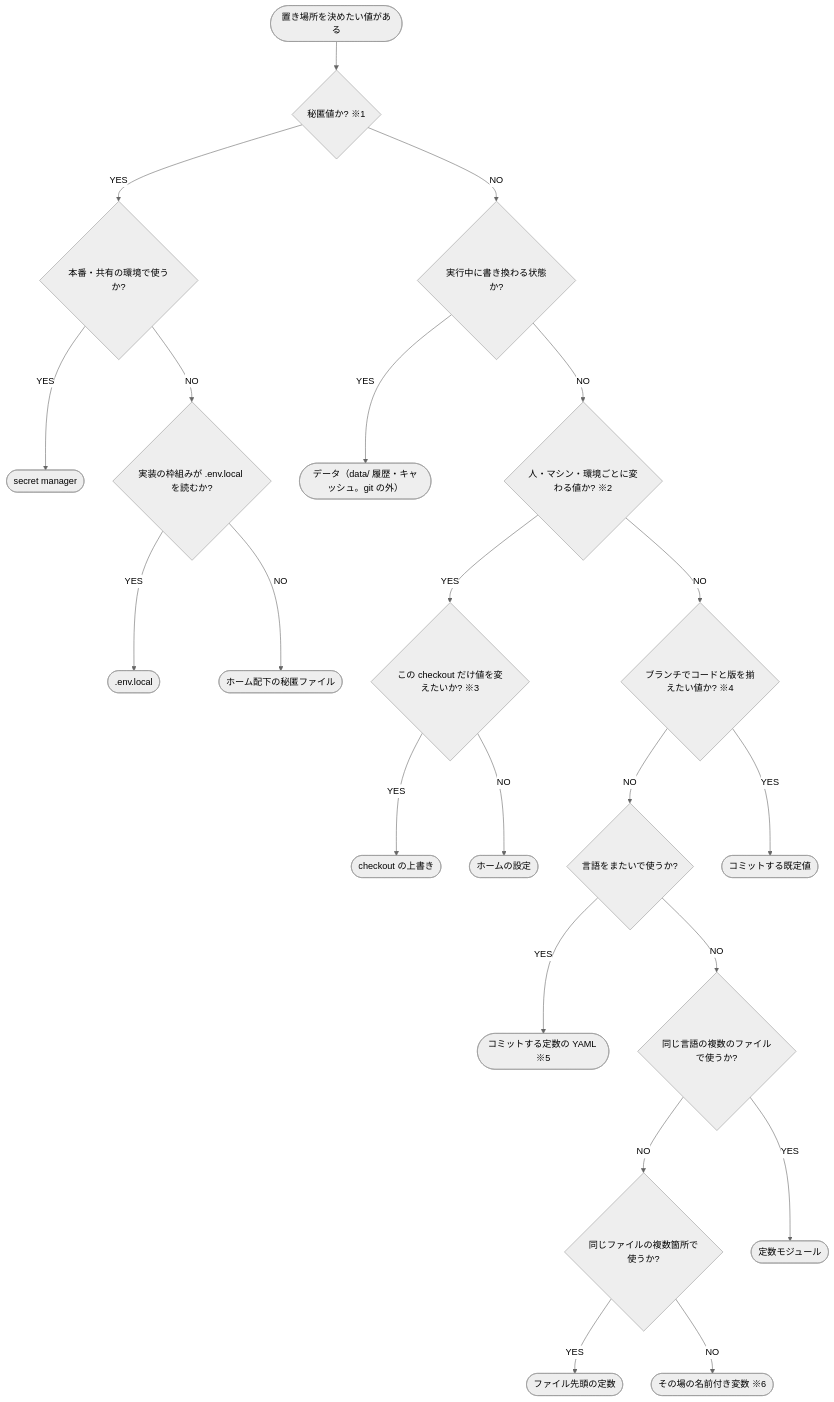
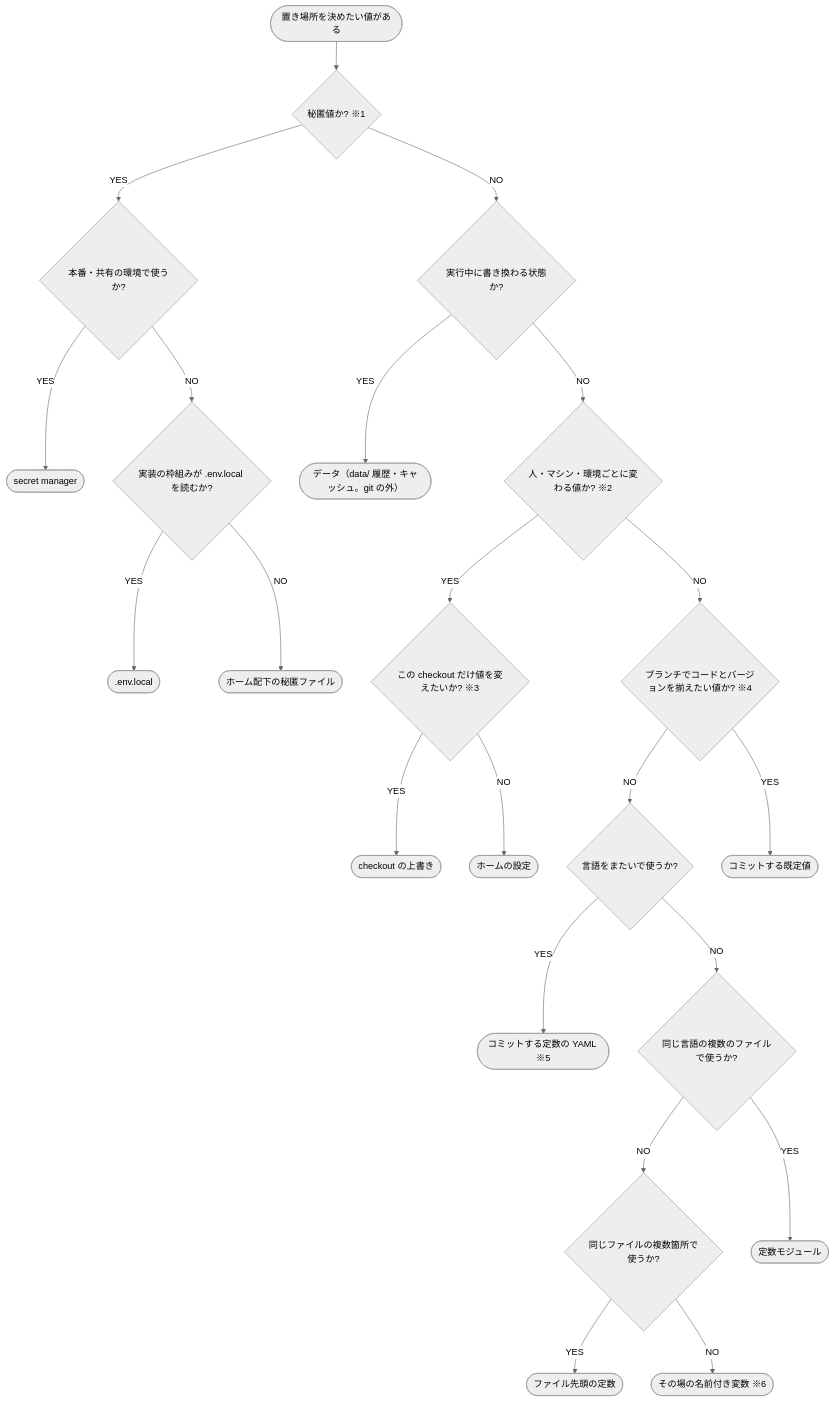
One commit to shuhei1101/knowledge changed the diagram in dev/判定フローチャート/設定値の置き場所.md. Above: the diagram before and after it, drawn with Mermaid (neutral theme). The commit also changed other lines of this file and 93 other files, not shown here.

````diff
--- a/dev/判定フローチャート/設定値の置き場所.md
+++ b/dev/判定フローチャート/設定値の置き場所.md
@@ -7,48 +7,48 @@
 ```mermaid
 flowchart TD
   START([置き場所を決めたい値がある])
   Q0{秘匿値か? ※1}
   Q1{本番・共有の環境で使うか?}
   Q2{実装の枠組みが .env.local を読むか?}
   Q3{実行中に書き換わる状態か?}
   Q4{人・マシン・環境ごとに変わる値か? ※2}
   Q5{この checkout だけ値を変えたいか? ※3}
-  Q6{ブランチでコードと版を揃えたい値か? ※4}
+  Q6{ブランチでコードとバージョンを揃えたい値か? ※4}
   Q7{言語をまたいで使うか?}
   Q8{同じ言語の複数のファイルで使うか?}
   Q9{同じファイルの複数箇所で使うか?}
 
   R1([secret manager])
   R2([ホーム配下の秘匿ファイル])
   R3([.env.local])
   R4([データ（data/ 履歴・キャッシュ。git の外）])
   R5([ホームの設定])
   R6([checkout の上書き])
   R7([コミットする既定値])
   R8([コミットする定数の YAML ※5])
   R9([定数モジュール])
   R10([ファイル先頭の定数])
   R11([その場の名前付き変数 ※6])
 
   START --> Q0
   Q0 -->|YES| Q1
   Q0 -->|NO| Q3
   Q1 -->|YES| R1
   Q1 -->|NO| Q2
   Q2 -->|YES| R3
   Q2 -->|NO| R2
   Q3 -->|YES| R4
   Q3 -->|NO| Q4
   Q4 -->|YES| Q5
   Q4 -->|NO| Q6
   Q5 -->|YES| R6
   Q5 -->|NO| R5
   Q6 -->|NO| Q7
   Q6 -->|YES| R7
   Q7 -->|YES| R8
   Q7 -->|NO| Q8
   Q8 -->|NO| Q9
   Q8 -->|YES| R9
   Q9 -->|YES| R10
   Q9 -->|NO| R11
 ```
````
